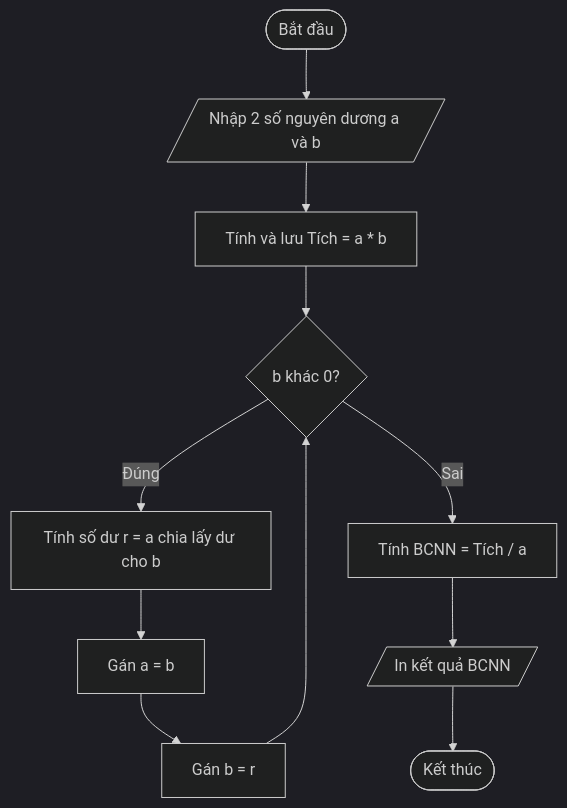
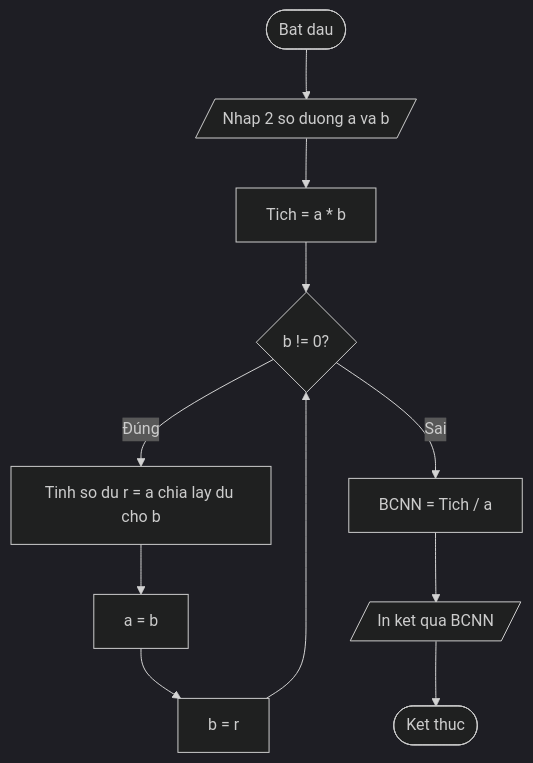
Before and after one commit to trang116974-cell/bai-thuc-hanh-01: the fourth of 4 diagrams in README.md, drawn with Mermaid (dark theme). The commit also changed other lines of this file, not shown here.

````diff
--- a/README.md
+++ b/README.md
@@ -73,13 +73,13 @@
 ```mermaid
 graph TD  
-    Start([Bắt đầu]) --> Nhap[/Nhập 2 số nguyên dương a và b/]
-    Nhap --> LuuTich[Tính và lưu Tích = a * b]
+    Start([Bat dau]) --> Nhap[/Nhap 2 so duong a va b/]
+    Nhap --> LuuTich[ Tich = a * b]
     
-    LuuTich --> VongLap{b khác 0?}
-    VongLap -- Đúng --> ChiaDu[Tính số dư r = a chia lấy dư cho b]
-    ChiaDu --> GanA[Gán a = b]
-    GanA --> GanB[Gán b = r] --> VongLap
+    LuuTich --> VongLap{ b != 0? }
+    VongLap -- Đúng --> ChiaDu[Tinh so du r = a chia lay du cho b]
+    ChiaDu --> GanA[ a = b]
+    GanA --> GanB[ b = r] --> VongLap
     
-    VongLap -- Sai --> TinhBCNN[Tính BCNN = Tích / a]
-    TinhBCNN --> InBCNN[/In kết quả BCNN/] --> End([Kết thúc])
+    VongLap -- Sai --> TinhBCNN[ BCNN = Tich / a]
+    TinhBCNN --> InBCNN[/In ket qua BCNN/] --> End([Ket thuc])
 ```
````
